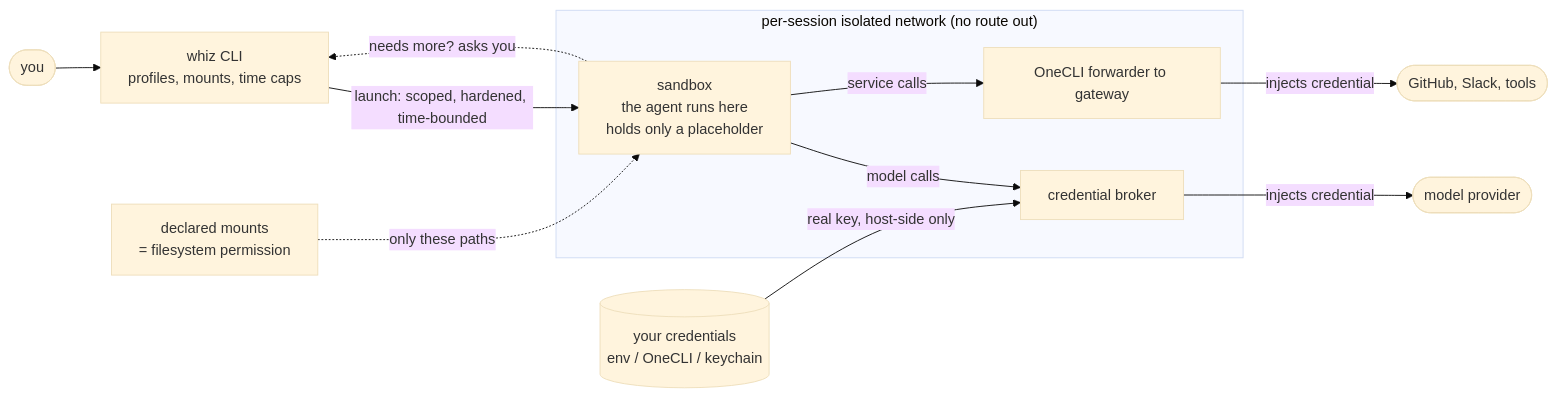
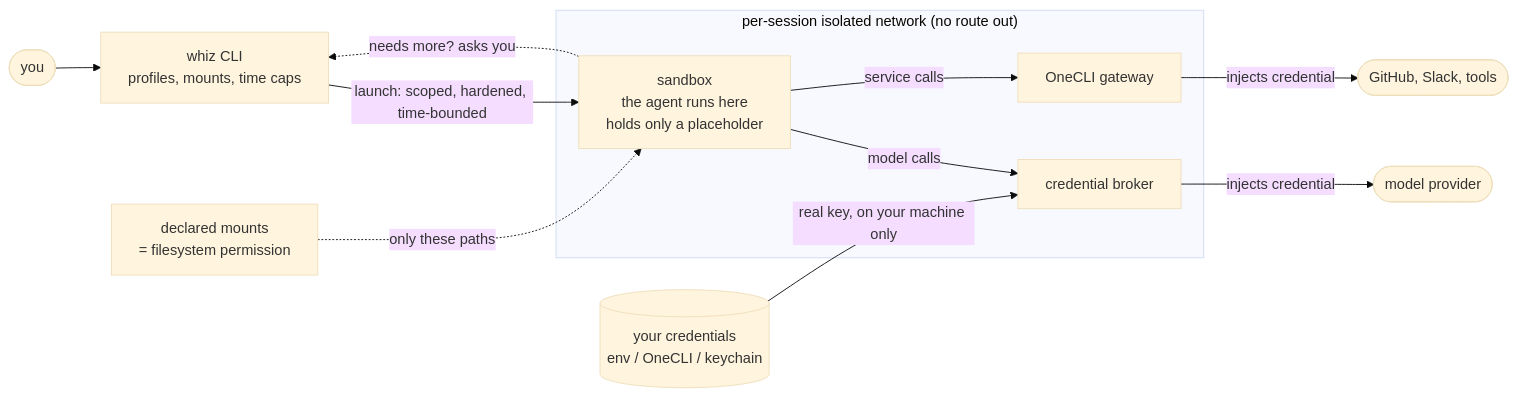
Before and after one commit to BuckG71/whizzard: the diagram in README.md, drawn with Mermaid (base theme). The commit also changed other lines of this file and 1 other file, not shown here.

````diff
--- a/README.md
+++ b/README.md
@@ -33,19 +33,19 @@
 ```mermaid
 flowchart LR
     you([you]) --> whiz["whiz CLI<br/>profiles, mounts, time caps"]
     creds[("your credentials<br/>env / OneCLI / keychain")]
     mounts["declared mounts<br/>= filesystem permission"]
 
     subgraph net["per-session isolated network (no route out)"]
         sandbox["sandbox<br/>the agent runs here<br/>holds only a placeholder"]
         broker["credential broker"]
-        gw["OneCLI forwarder to gateway"]
+        gw["OneCLI gateway"]
     end
 
     whiz -->|"launch: scoped, hardened, time-bounded"| sandbox
     mounts -. "only these paths" .-> sandbox
-    creds -->|"real key, host-side only"| broker
+    creds -->|"real key, on your machine only"| broker
     sandbox -->|model calls| broker -->|injects credential| provider([model provider])
     sandbox -->|service calls| gw -->|injects credential| services([GitHub, Slack, tools])
     sandbox -.->|"needs more? asks you"| whiz
 ```
````
